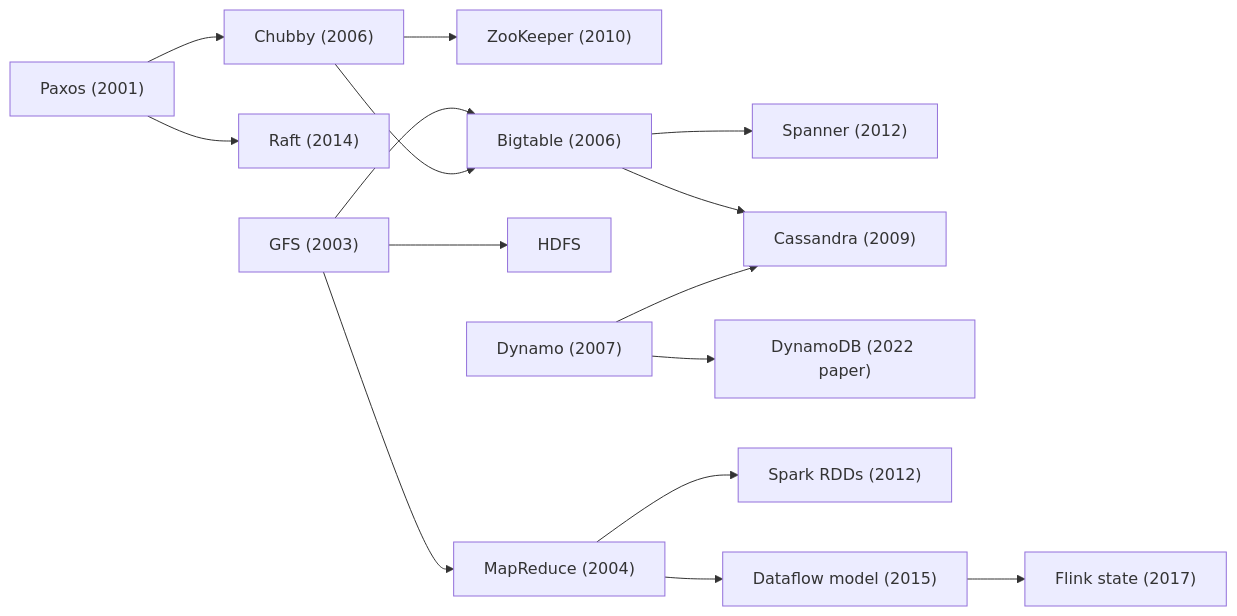
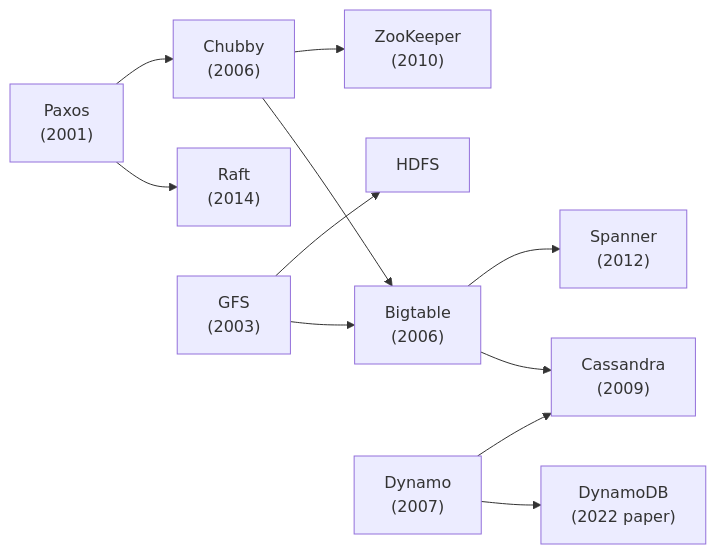
The first of 2 diagrams in src/content/docs/real-world/foundational-papers.mdx (butyavk/system-design), drawn with Mermaid before and after one commit. The commit also changed other lines of this file and 144 other files, not shown here.

````diff
--- a/src/content/docs/real-world/foundational-papers.mdx
+++ b/src/content/docs/real-world/foundational-papers.mdx
@@ -34,17 +34,13 @@
 ```mermaid
 flowchart LR
-  paxos["Paxos (2001)"] --> chubby["Chubby (2006)"]
-  paxos --> raft["Raft (2014)"]
-  chubby --> zk["ZooKeeper (2010)"]
-  gfs["GFS (2003)"] --> mr["MapReduce (2004)"]
-  gfs --> hdfs["HDFS"]
-  gfs --> bt["Bigtable (2006)"]
+  paxos["Paxos<br/>(2001)"] --> chubby["Chubby<br/>(2006)"]
+  paxos --> raft["Raft<br/>(2014)"]
+  chubby --> zk["ZooKeeper<br/>(2010)"]
+  gfs["GFS<br/>(2003)"] --> hdfs["HDFS"]
+  gfs --> bt["Bigtable<br/>(2006)"]
   chubby --> bt
-  bt --> spanner["Spanner (2012)"]
-  bt --> cass["Cassandra (2009)"]
-  dynamo["Dynamo (2007)"] --> cass
-  dynamo --> ddb["DynamoDB (2022 paper)"]
-  mr --> spark["Spark RDDs (2012)"]
-  mr --> dataflow["Dataflow model (2015)"]
-  dataflow --> flink["Flink state (2017)"]
+  bt --> spanner["Spanner<br/>(2012)"]
+  bt --> cass["Cassandra<br/>(2009)"]
+  dynamo["Dynamo<br/>(2007)"] --> cass
+  dynamo --> ddb["DynamoDB<br/>(2022 paper)"]
 ```
````
